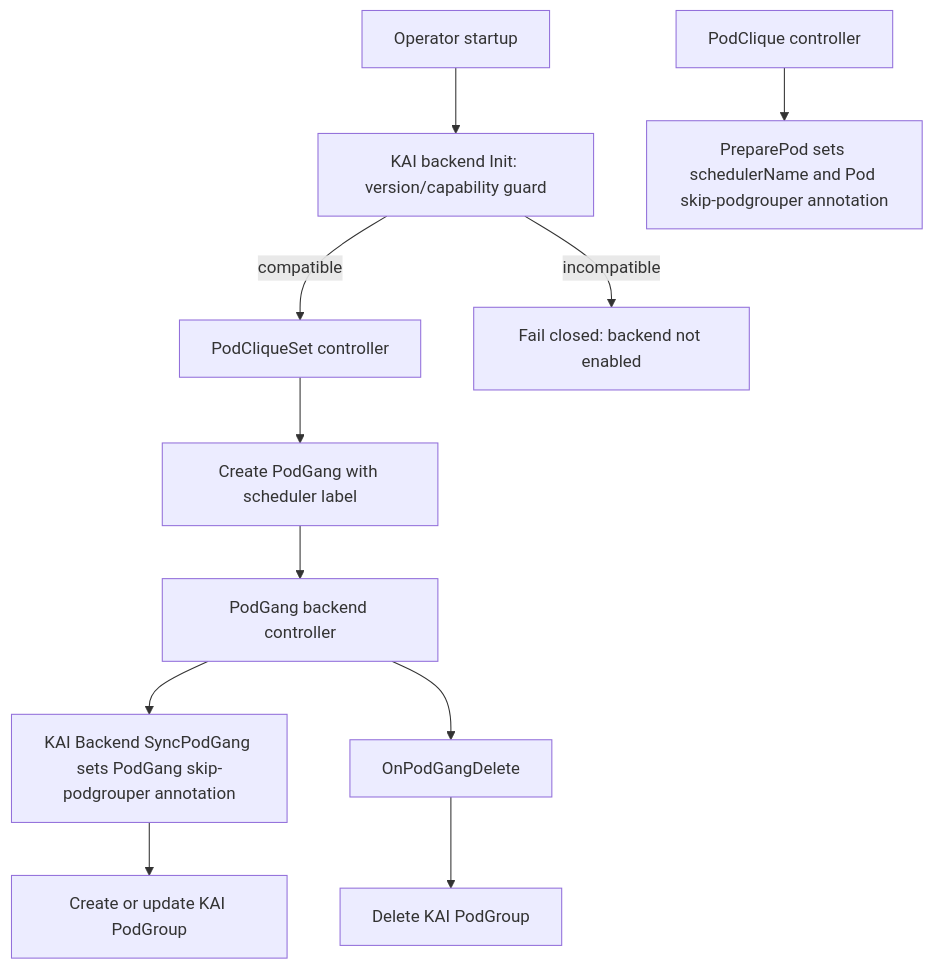
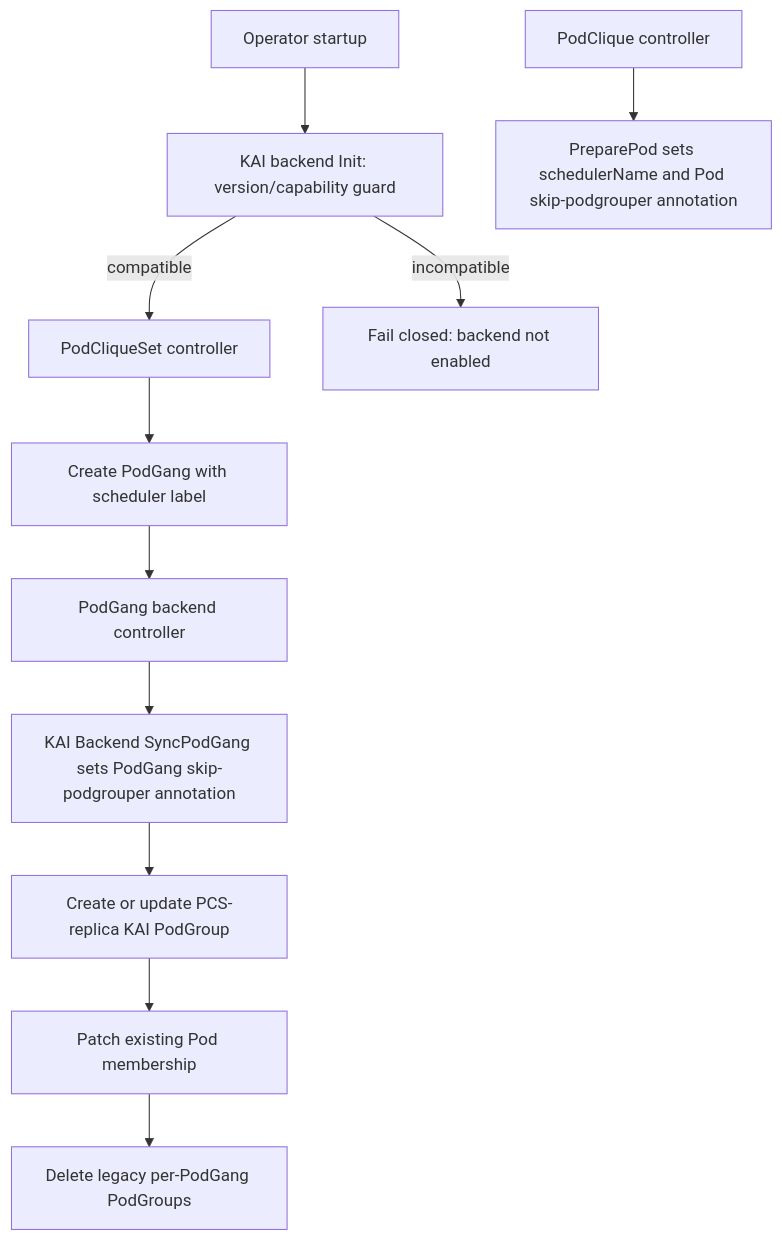
Before and after one commit to ai-dynamo/grove: the diagram in docs/proposals/525-KAI-Scheduler-Backend/README.md, drawn with Mermaid. The commit also changed other lines of this file and 9 other files, not shown here.

Commit message:
feat(kai): aggregate PodGroups by PodCliqueSet replica

````diff
--- a/docs/proposals/525-KAI-Scheduler-Backend/README.md
+++ b/docs/proposals/525-KAI-Scheduler-Backend/README.md
@@ -117,13 +116,13 @@
 ```mermaid
 flowchart TD
     A[Operator startup] --> B[KAI backend Init: version/capability guard]
     B -->|compatible| G[PodCliqueSet controller]
     B -->|incompatible| X[Fail closed: backend not enabled]
     G[PodCliqueSet controller] --> H[Create PodGang with scheduler label]
     I[PodClique controller] --> J[PreparePod sets schedulerName and Pod skip-podgrouper annotation]
     H --> K[PodGang backend controller]
     K --> L[KAI Backend SyncPodGang sets PodGang skip-podgrouper annotation]
-    L --> M[Create or update KAI PodGroup]
-    K --> O[OnPodGangDelete]
-    O --> P[Delete KAI PodGroup]
+    L --> M[Create or update PCS-replica KAI PodGroup]
+    M --> N[Patch existing Pod membership]
+    N --> O[Delete legacy per-PodGang PodGroups]
 ```
````
